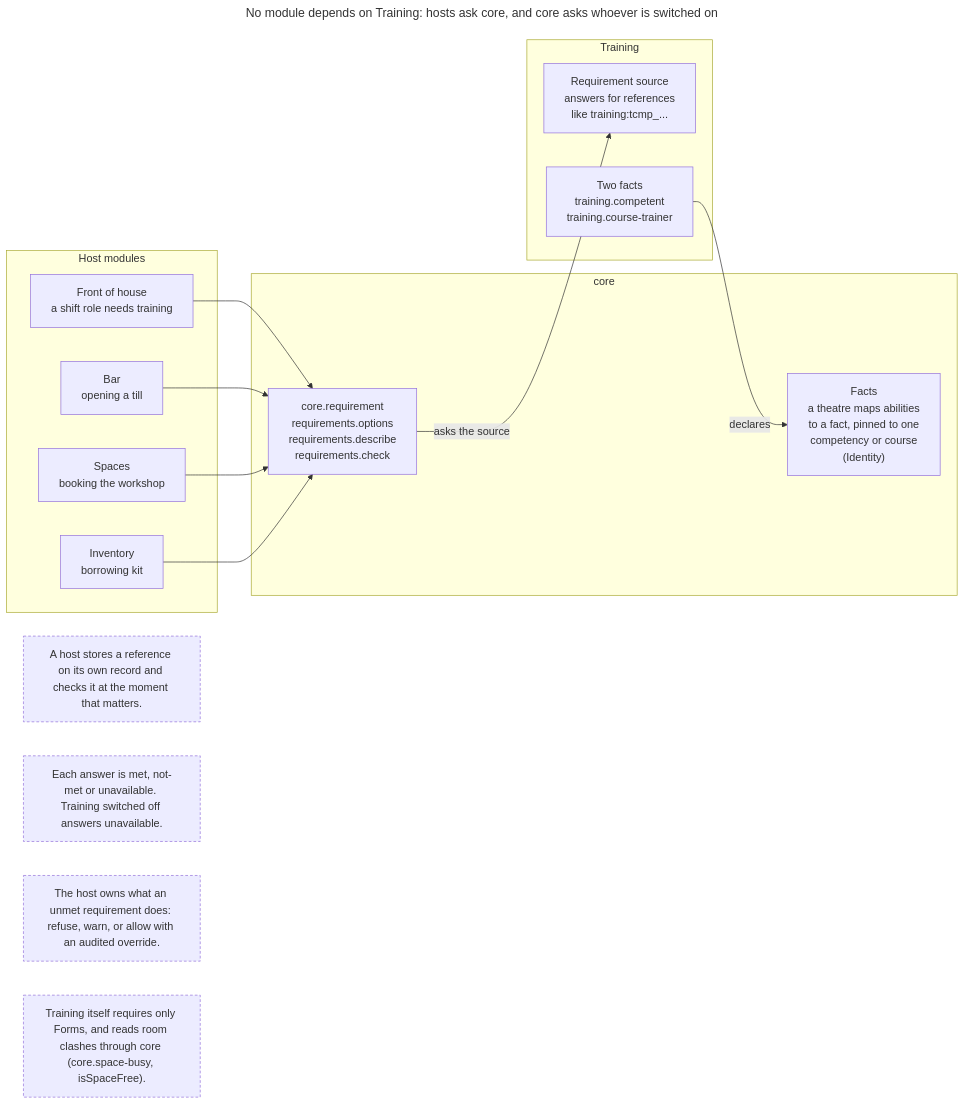
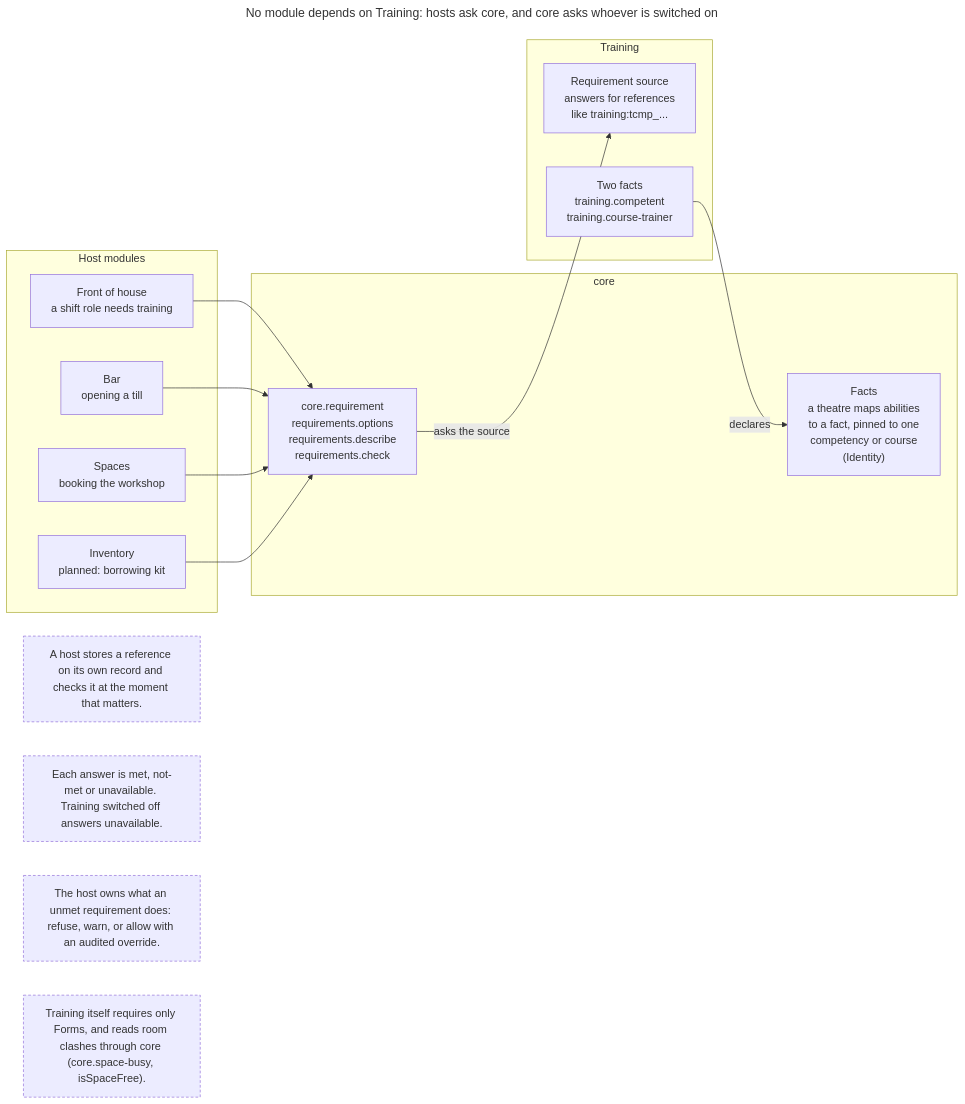
Before and after one commit to newtheatre/proscenium: the diagram in docs/specs/training-records/05-interface-to-other-modules.md, drawn with Mermaid. The commit also changed other lines of this file and 35 other files, not shown here.

````diff
--- a/docs/specs/training-records/05-interface-to-other-modules.md
+++ b/docs/specs/training-records/05-interface-to-other-modules.md
@@ -3,34 +3,34 @@
 ```mermaid
 ---
 title: "No module depends on Training: hosts ask core, and core asks whoever is switched on"
 ---
 flowchart LR
   subgraph HM["Host modules"]
     F["Front of house<br/>a shift role needs training"]
     B["Bar<br/>opening a till"]
     SP["Spaces<br/>booking the workshop"]
-    I["Inventory<br/>borrowing kit"]
+    I["Inventory<br/>planned: borrowing kit"]
   end
   subgraph CO["core"]
     RQ["core.requirement<br/>requirements.options<br/>requirements.describe<br/>requirements.check"]
     FA["Facts<br/>a theatre maps abilities<br/>to a fact, pinned to one<br/>competency or course<br/>(Identity)"]
   end
   subgraph TRN["Training"]
     RS["Requirement source<br/>answers for references<br/>like training:tcmp_..."]
     TF["Two facts<br/>training.competent<br/>training.course-trainer"]
   end
   F --> RQ
   B --> RQ
   SP --> RQ
   I --> RQ
   RQ -->|"asks the source"| RS
   TF -->|"declares"| FA
   N1["A host stores a reference on its own record and checks it at the moment that matters."]
   N2["Each answer is met, not-met or unavailable. Training switched off answers unavailable."]
   N3["The host owns what an unmet requirement does: refuse, warn, or allow with an audited override."]
   N4["Training itself requires only Forms, and reads room clashes through core (core.space-busy, isSpaceFree)."]
   style N1 stroke-dasharray: 4 3
   style N2 stroke-dasharray: 4 3
   style N3 stroke-dasharray: 4 3
   style N4 stroke-dasharray: 4 3
 ```
````
